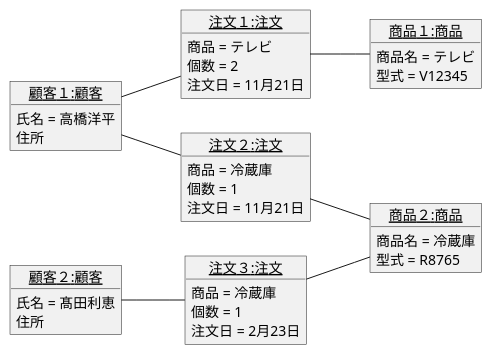
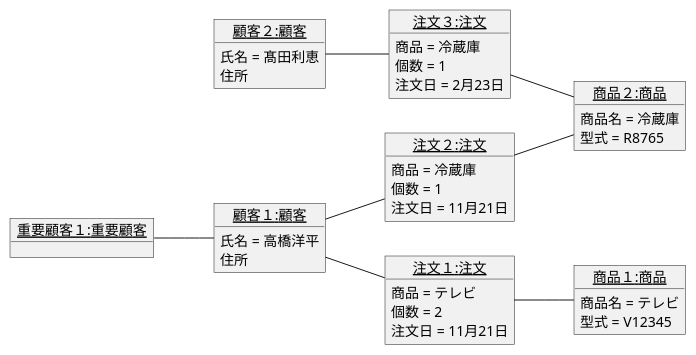
One commit to yoshidasen/uml-introduction changed the diagram in 演習3-7_OBJ_注文のオブジェクト図.pu. Above: the diagram before and after it, drawn with PlantUML.

Commit message:
演習3-7 重要顧客を追加

```diff
--- a/演習3-7_OBJ_注文のオブジェクト図.pu
+++ b/演習3-7_OBJ_注文のオブジェクト図.pu
@@ -1,43 +1,47 @@
 @startuml 注文
     left to right direction
     object "<u>顧客１:顧客</u>" as O1 {
         氏名 = 高橋洋平
         住所
     }
     object "<u>顧客２:顧客</u>" as O2 {
         氏名 = 髙田利恵
         住所
     }
 
     object "<u>商品１:商品</u>" as O3 {
         商品名 = テレビ
         型式 = V12345
     }
     object "<u>商品２:商品</u>" as O4 {
         商品名 = 冷蔵庫
         型式 = R8765
     }
     object "<u>注文１:注文</u>" as O5 {
         商品 = テレビ
         個数 = 2
         注文日 = 11月21日
     }
     object "<u>注文２:注文</u>" as O6 {
         商品 = 冷蔵庫
         個数 = 1
         注文日 = 11月21日
     }
     object "<u>注文３:注文</u>" as O7 {
         商品 = 冷蔵庫
         個数 = 1
         注文日 = 2月23日
     }
+    object "<u>重要顧客１:重要顧客</u>" as O8 {
+
+    }
 
     O1 -- O5
     O1 -- O6
     O2 -- O7
     O5 -- O3
     O6 -- O4
     O7 -- O4
+    O8 -- O1
 
 @enduml
```
